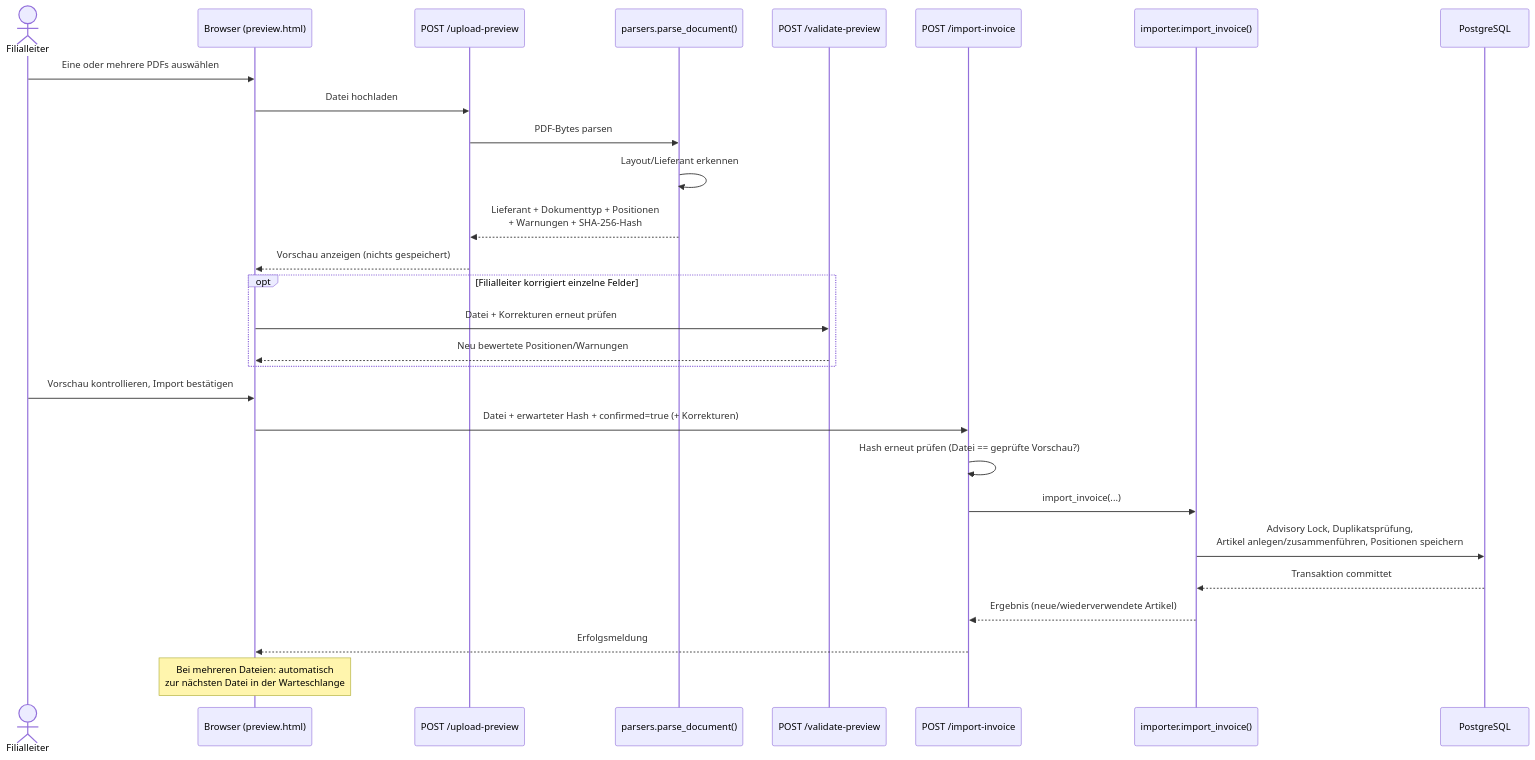
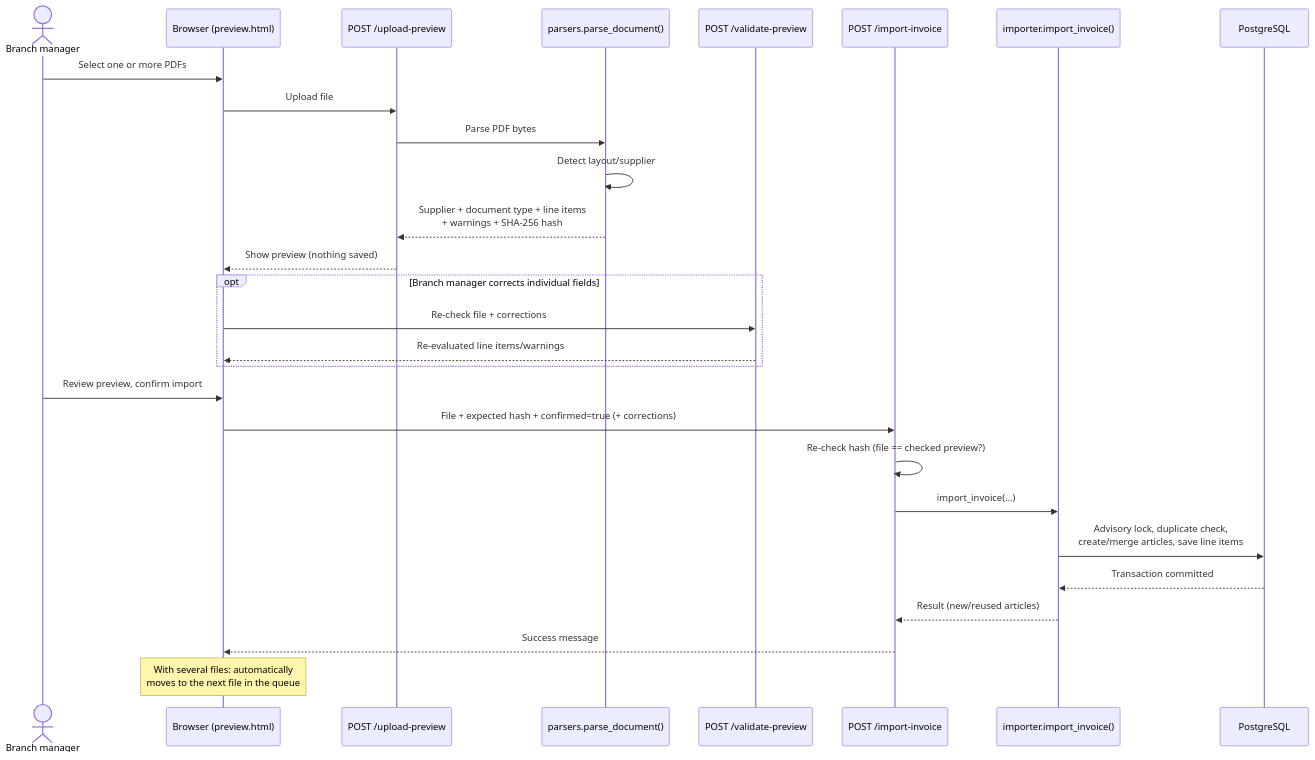
The second of 2 diagrams in docs/architektur.md (FreaXz03/sportfabrik-inventory), drawn with Mermaid before and after one commit. The commit also changed other lines of this file and 17 other files, not shown here.

````diff
--- a/docs/architektur.md
+++ b/docs/architektur.md
@@ -120,31 +120,31 @@
 ```mermaid
 sequenceDiagram
-    actor Filialleiter
+    actor BranchManager as Branch manager
     participant UI as Browser (preview.html)
     participant Preview as POST /upload-preview
     participant Parser as parsers.parse_document()
     participant Validate as POST /validate-preview
     participant Import as POST /import-invoice
     participant Importer as importer.import_invoice()
     participant DB as PostgreSQL
 
-    Filialleiter->>UI: Eine oder mehrere PDFs auswählen
-    UI->>Preview: Datei hochladen
-    Preview->>Parser: PDF-Bytes parsen
-    Parser->>Parser: Layout/Lieferant erkennen
-    Parser-->>Preview: Lieferant + Dokumenttyp + Positionen<br/>+ Warnungen + SHA-256-Hash
-    Preview-->>UI: Vorschau anzeigen (nichts gespeichert)
-    opt Filialleiter korrigiert einzelne Felder
-        UI->>Validate: Datei + Korrekturen erneut prüfen
-        Validate-->>UI: Neu bewertete Positionen/Warnungen
+    BranchManager->>UI: Select one or more PDFs
+    UI->>Preview: Upload file
+    Preview->>Parser: Parse PDF bytes
+    Parser->>Parser: Detect layout/supplier
+    Parser-->>Preview: Supplier + document type + line items<br/>+ warnings + SHA-256 hash
+    Preview-->>UI: Show preview (nothing saved)
+    opt Branch manager corrects individual fields
+        UI->>Validate: Re-check file + corrections
+        Validate-->>UI: Re-evaluated line items/warnings
     end
-    Filialleiter->>UI: Vorschau kontrollieren, Import bestätigen
-    UI->>Import: Datei + erwarteter Hash + confirmed=true (+ Korrekturen)
-    Import->>Import: Hash erneut prüfen (Datei == geprüfte Vorschau?)
+    BranchManager->>UI: Review preview, confirm import
+    UI->>Import: File + expected hash + confirmed=true (+ corrections)
+    Import->>Import: Re-check hash (file == checked preview?)
     Import->>Importer: import_invoice(...)
-    Importer->>DB: Advisory Lock, Duplikatsprüfung,<br/>Artikel anlegen/zusammenführen, Positionen speichern
-    DB-->>Importer: Transaktion committet
-    Importer-->>Import: Ergebnis (neue/wiederverwendete Artikel)
-    Import-->>UI: Erfolgsmeldung
-    Note over UI: Bei mehreren Dateien: automatisch<br/>zur nächsten Datei in der Warteschlange
+    Importer->>DB: Advisory lock, duplicate check,<br/>create/merge articles, save line items
+    DB-->>Importer: Transaction committed
+    Importer-->>Import: Result (new/reused articles)
+    Import-->>UI: Success message
+    Note over UI: With several files: automatically<br/>moves to the next file in the queue
 ```
````
